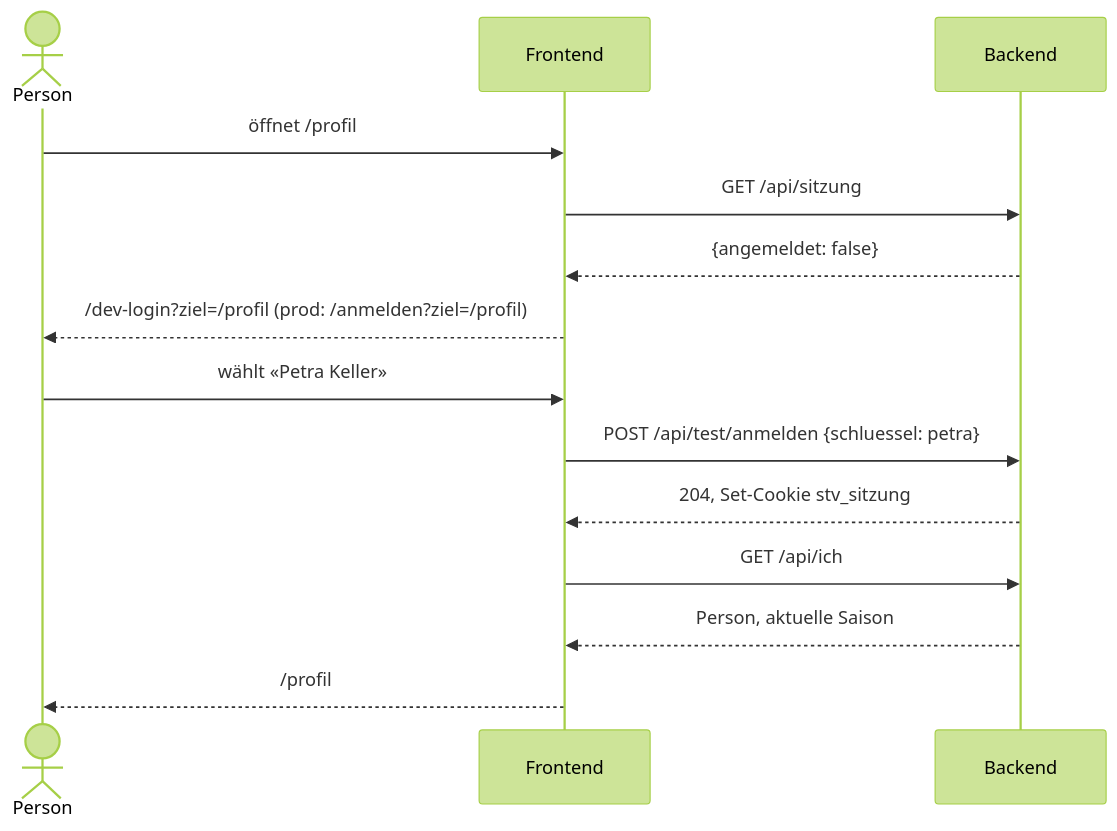
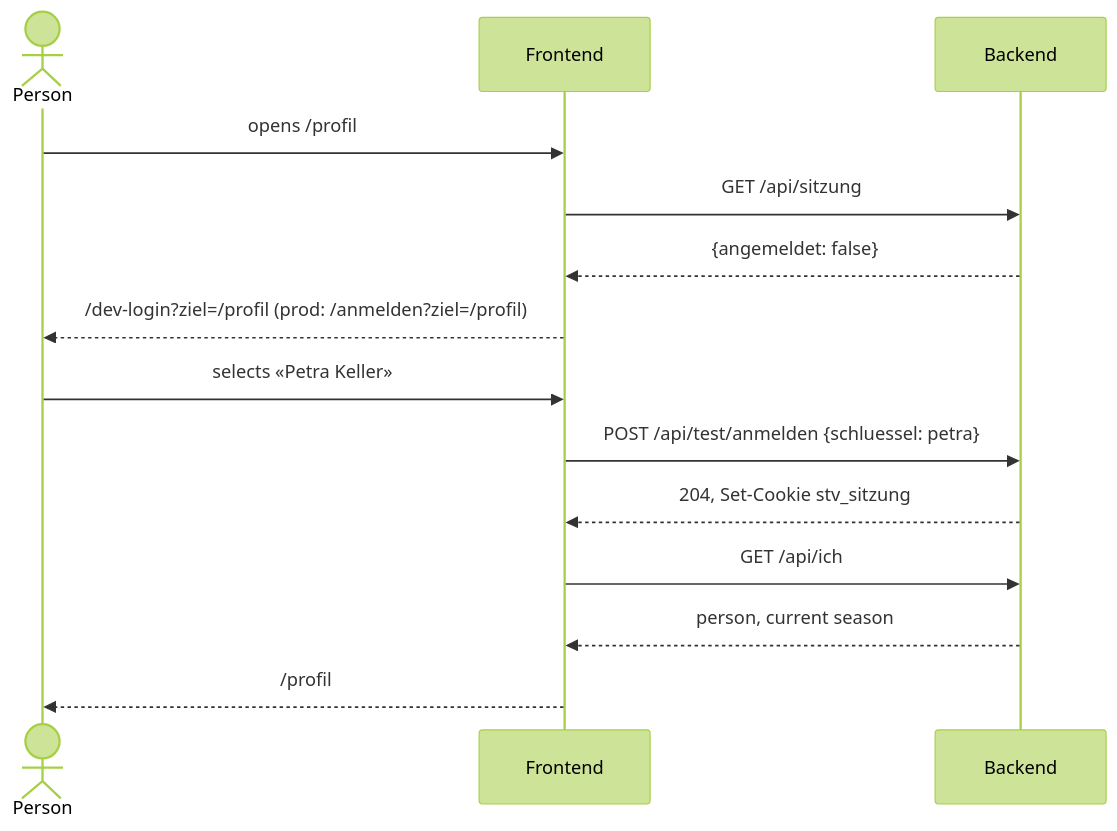
The tenth of 13 diagrams in docs/states.md (cyrilleulmi/StvBeroPlatform), drawn with Mermaid (forest theme) before and after one commit. The commit also changed other lines of this file and 19 other files, not shown here.

````diff
--- a/docs/states.md
+++ b/docs/states.md
@@ -270,16 +272,16 @@
 ```mermaid
 sequenceDiagram
     actor P as Person
     participant F as Frontend
     participant B as Backend
-    P->>F: öffnet /profil
+    P->>F: opens /profil
     F->>B: GET /api/sitzung
     B-->>F: {angemeldet: false}
     F-->>P: /dev-login?ziel=/profil (prod: /anmelden?ziel=/profil)
-    P->>F: wählt «Petra Keller»
+    P->>F: selects «Petra Keller»
     F->>B: POST /api/test/anmelden {schluessel: petra}
     B-->>F: 204, Set-Cookie stv_sitzung
     F->>B: GET /api/ich
-    B-->>F: Person, aktuelle Saison
+    B-->>F: person, current season
     F-->>P: /profil
 ```
````
